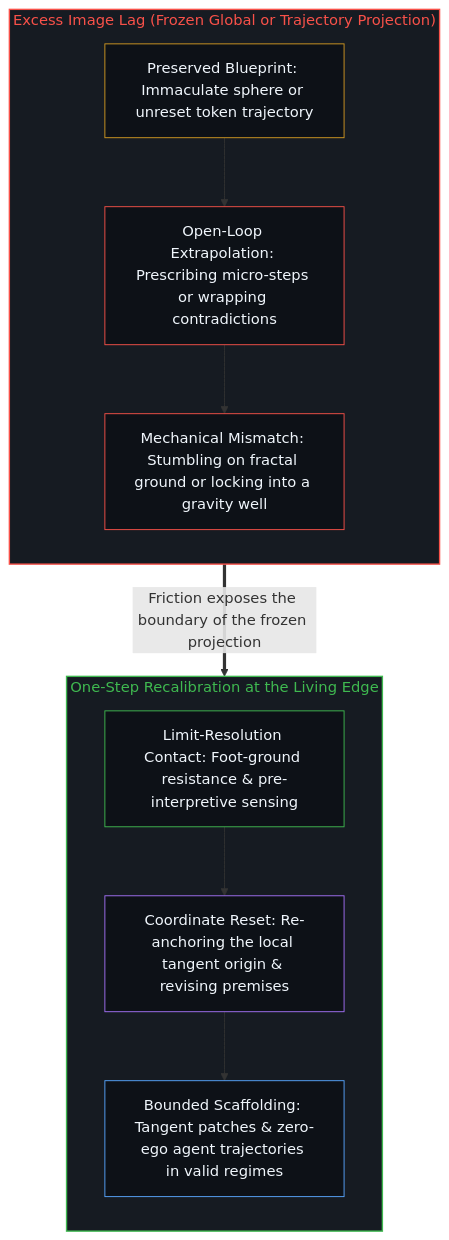
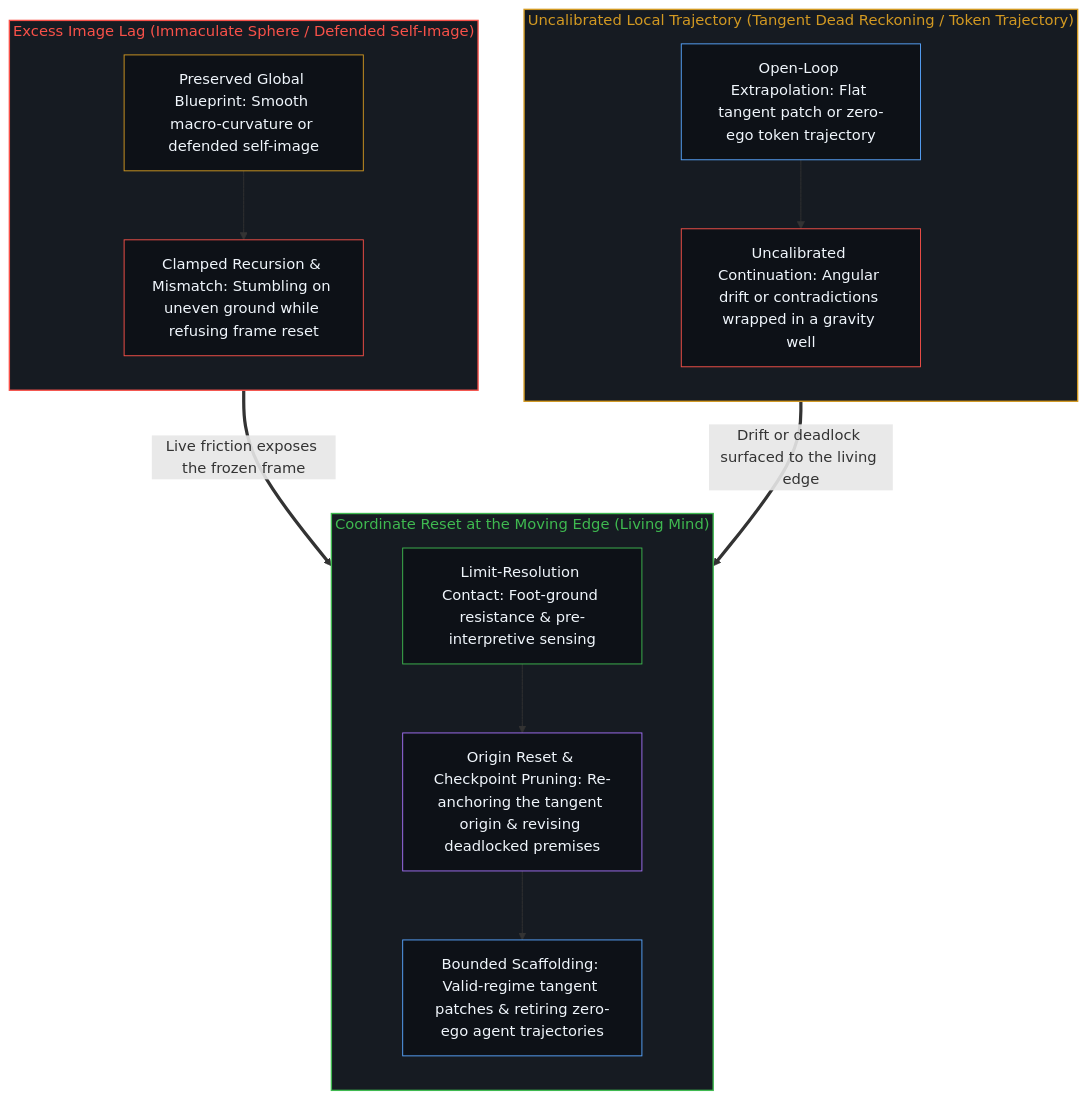
The second of 2 diagrams in content/posts/the-walking-tangent-and-the-stumbling-sphere.md (powerpig99/not-a-toe), drawn with Mermaid before and after one commit. The commit also changed other lines of this file and 9 other files, not shown here.

````diff
--- a/content/posts/the-walking-tangent-and-the-stumbling-sphere.md
+++ b/content/posts/the-walking-tangent-and-the-stumbling-sphere.md
@@ -76,26 +98,34 @@
 ```mermaid
 flowchart TD
-    subgraph S_Frozen ["Excess Image Lag (Frozen Global or Trajectory Projection)"]
+    subgraph S_Local ["Uncalibrated Local Trajectory (Tangent Dead Reckoning / Token Trajectory)"]
         direction TB
-        MacroModel["Preserved Blueprint: Immaculate sphere or unreset token trajectory"]
-        OpenLoop["Open-Loop Extrapolation: Prescribing micro-steps or wrapping contradictions"]
-        Stumble["Mechanical Mismatch: Stumbling on fractal ground or locking into a gravity well"]
-        MacroModel --> OpenLoop --> Stumble
+        LocalStep["Open-Loop Extrapolation: Flat tangent patch or zero-ego token trajectory"]
+        DriftWell["Uncalibrated Continuation: Angular drift or contradictions wrapped in a gravity well"]
+        LocalStep --> DriftWell
     end
-    subgraph S_Recal ["One-Step Recalibration at the Living Edge"]
+    subgraph S_Frozen ["Excess Image Lag (Immaculate Sphere / Defended Self-Image)"]
+        direction TB
+        MacroModel["Preserved Global Blueprint: Smooth macro-curvature or defended self-image"]
+        Stumble["Clamped Recursion & Mismatch: Stumbling on uneven ground while refusing frame reset"]
+        MacroModel --> Stumble
+    end
+    subgraph S_Recal ["Coordinate Reset at the Moving Edge (Living Mind)"]
         direction TB
         Contact["Limit-Resolution Contact: Foot-ground resistance & pre-interpretive sensing"]
-        Reset["Coordinate Reset: Re-anchoring the local tangent origin & revising premises"]
-        Medium["Bounded Scaffolding: Tangent patches & zero-ego agent trajectories in valid regimes"]
+        Reset["Origin Reset & Checkpoint Pruning: Re-anchoring the tangent origin & revising deadlocked premises"]
+        Medium["Bounded Scaffolding: Valid-regime tangent patches & retiring zero-ego agent trajectories"]
         Contact --> Reset --> Medium
     end
-    Stumble ==>|"Friction exposes the boundary of the frozen projection"| Contact
+    DriftWell ==>|"Drift or deadlock surfaced to the living edge"| Contact
+    Stumble ==>|"Live friction exposes the frozen frame"| Contact
+    style S_Local fill:#161b22,stroke:#d29922,stroke-width:1.5px,color:#d29922
     style S_Frozen fill:#161b22,stroke:#f85149,stroke-width:1.5px,color:#f85149
     style S_Recal fill:#161b22,stroke:#3fb950,stroke-width:1.5px,color:#3fb950
+    style LocalStep fill:#0d1117,stroke:#58a6ff,stroke-width:1px,color:#f0f6fc
+    style DriftWell fill:#0d1117,stroke:#f85149,stroke-width:1px,color:#f0f6fc
     style MacroModel fill:#0d1117,stroke:#d29922,stroke-width:1px,color:#f0f6fc
-    style OpenLoop fill:#0d1117,stroke:#f85149,stroke-width:1px,color:#f0f6fc
     style Stumble fill:#0d1117,stroke:#f85149,stroke-width:1px,color:#f0f6fc
     style Contact fill:#0d1117,stroke:#3fb950,stroke-width:1px,color:#f0f6fc
     style Reset fill:#0d1117,stroke:#a371f7,stroke-width:1px,color:#f0f6fc
     style Medium fill:#0d1117,stroke:#58a6ff,stroke-width:1px,color:#f0f6fc
 ```
````
